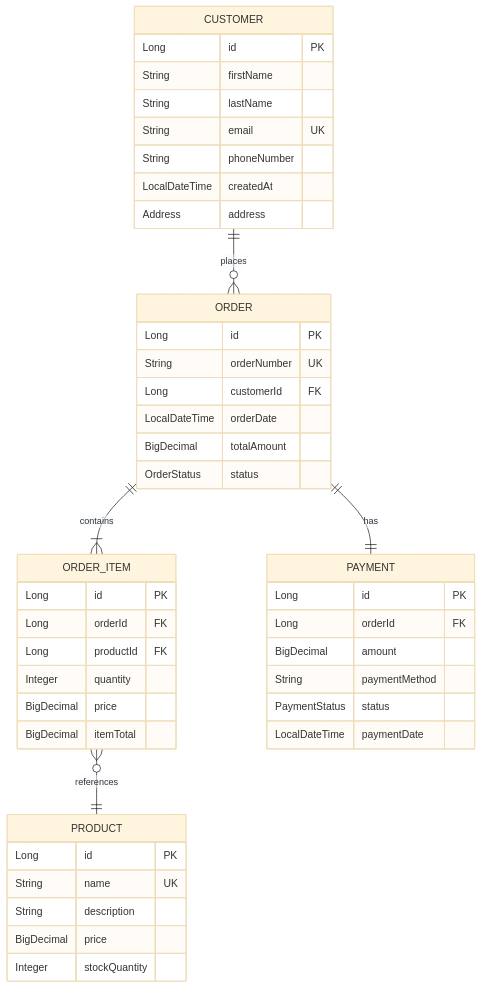
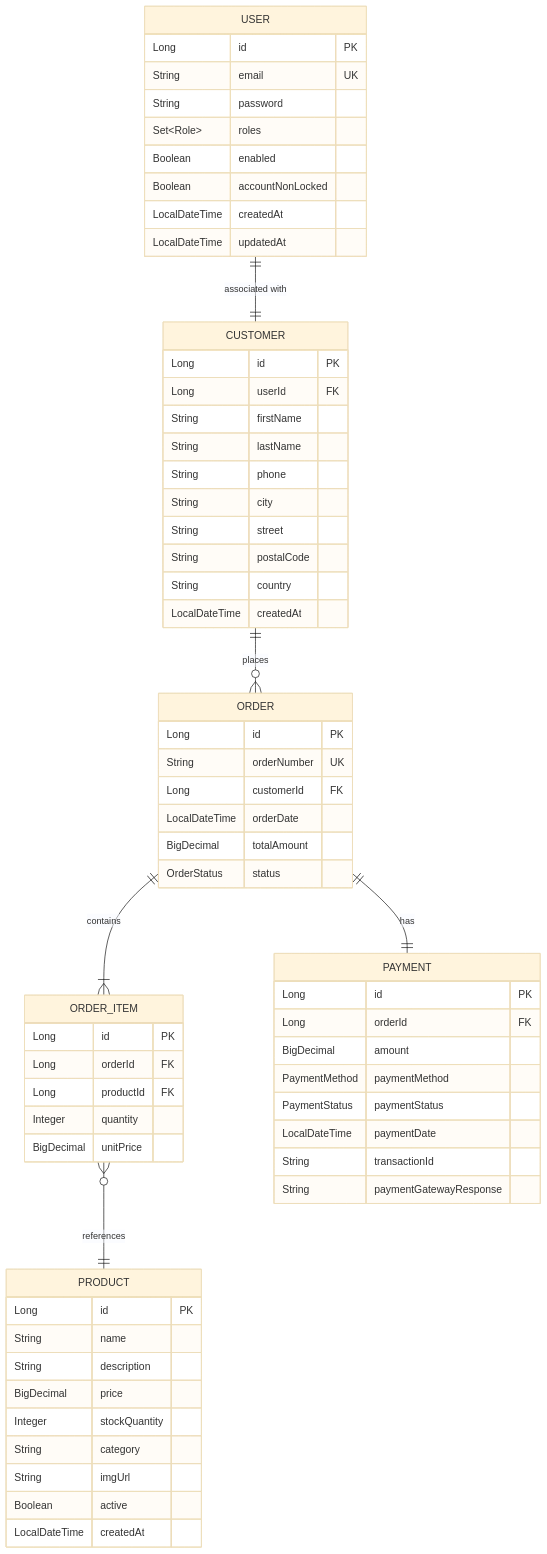
The first of 3 diagrams in DB_SCHEMA&FLOW.md (alaa-333/E-Commerce-REST-API), drawn with Mermaid (base theme) before and after one commit. The commit also changed other lines of this file and 1 other file, not shown here.

Commit message:
update for latest relationships

````diff
--- a/DB_SCHEMA&FLOW.md
+++ b/DB_SCHEMA&FLOW.md
@@ -7,51 +6,71 @@
 ```mermaid
 erDiagram
+    USER ||--|| CUSTOMER : "associated with"
+    USER {
+        Long id PK
+        String email UK
+        String password
+        Set~Role~ roles
+        Boolean enabled
+        Boolean accountNonLocked
+        LocalDateTime createdAt
+        LocalDateTime updatedAt
+    }
+
     CUSTOMER ||--o{ ORDER : places
     CUSTOMER {
         Long id PK
+        Long userId FK
         String firstName
         String lastName
-        String email UK
-        String phoneNumber
+        String phone
+        String city
+        String street
+        String postalCode
+        String country
         LocalDateTime createdAt
-        Address address
     }
     
     ORDER ||--|{ ORDER_ITEM : contains
     ORDER ||--|| PAYMENT : has
     ORDER {
         Long id PK
         String orderNumber UK
         Long customerId FK
         LocalDateTime orderDate
         BigDecimal totalAmount
         OrderStatus status
     }
     
     ORDER_ITEM }o--|| PRODUCT : references
     ORDER_ITEM {
         Long id PK
         Long orderId FK
         Long productId FK
         Integer quantity
-        BigDecimal price
-        BigDecimal itemTotal
+        BigDecimal unitPrice
     }
     
     PRODUCT {
         Long id PK
-        String name UK
+        String name
         String description
         BigDecimal price
         Integer stockQuantity
+        String category
+        String imgUrl
+        Boolean active
+        LocalDateTime createdAt
     }
     
     PAYMENT {
         Long id PK
         Long orderId FK
         BigDecimal amount
-        String paymentMethod
-        PaymentStatus status
+        PaymentMethod paymentMethod
+        PaymentStatus paymentStatus
         LocalDateTime paymentDate
+        String transactionId
+        String paymentGatewayResponse
     }
 ```
````
